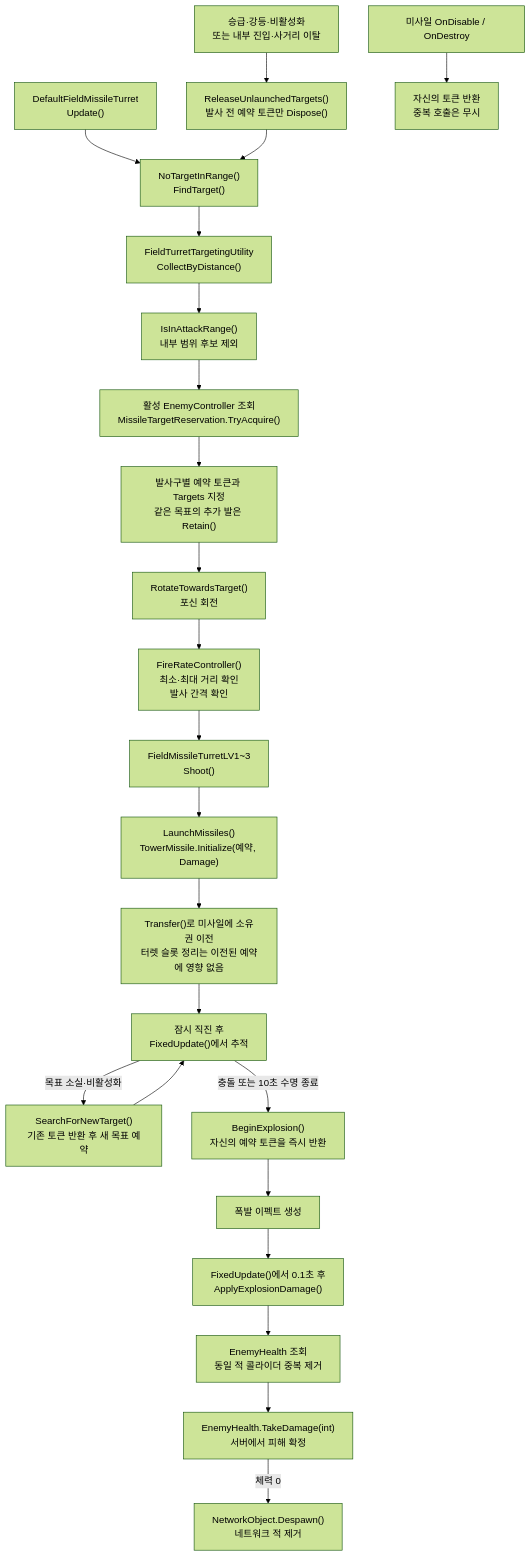
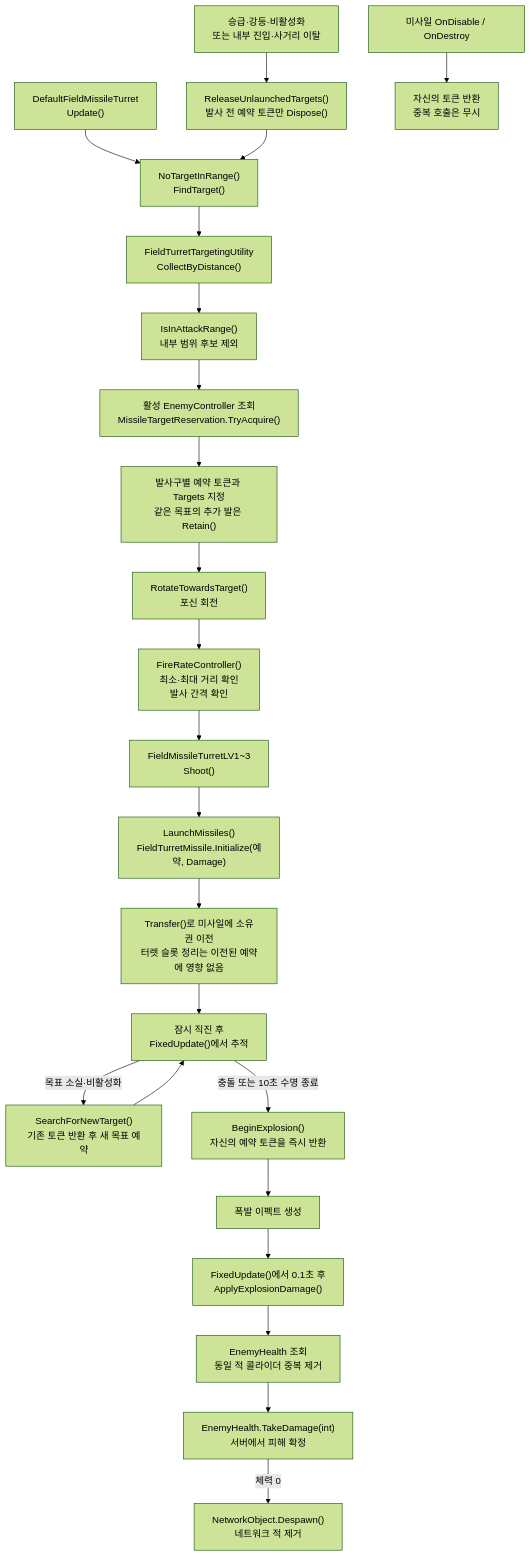
Before and after one commit to Team-HJD-21/unity-6-the-developer: the tenth of 17 diagrams in Docs/architecture/turret-system-guide.md, drawn with Mermaid (forest theme). The commit also changed other lines of this file and 12 other files, not shown here.

````diff
--- a/Docs/architecture/turret-system-guide.md
+++ b/Docs/architecture/turret-system-guide.md
@@ -448,25 +448,25 @@
 ```mermaid
 flowchart TD
     Update["DefaultFieldMissileTurret<br>Update()"] --> Search["NoTargetInRange()<br>FindTarget()"]
     Search --> Collect["FieldTurretTargetingUtility<br>CollectByDistance()"]
     Collect --> RangeCheck["IsInAttackRange()<br>내부 범위 후보 제외"]
     RangeCheck --> Filter["활성 EnemyController 조회<br>MissileTargetReservation.TryAcquire()"]
     Filter --> Targets["발사구별 예약 토큰과 Targets 지정<br>같은 목표의 추가 발은 Retain()"]
     Targets --> Rotate["RotateTowardsTarget()<br>포신 회전"]
     Rotate --> Fire["FireRateController()<br>최소·최대 거리 확인<br>발사 간격 확인"]
     Fire --> Shoot["FieldMissileTurretLV1~3<br>Shoot()"]
-    Shoot --> Init["LaunchMissiles()<br>TowerMissile.Initialize(예약, Damage)"]
+    Shoot --> Init["LaunchMissiles()<br>FieldTurretMissile.Initialize(예약, Damage)"]
     Init --> Transfer["Transfer()로 미사일에 소유권 이전<br>터렛 슬롯 정리는 이전된 예약에 영향 없음"]
     Change["승급·강등·비활성화<br>또는 내부 진입·사거리 이탈"] --> Release["ReleaseUnlaunchedTargets()<br>발사 전 예약 토큰만 Dispose()"]
     Release --> Search
     Transfer --> Straight["잠시 직진 후<br>FixedUpdate()에서 추적"]
     Straight -->|목표 소실·비활성화| Retarget["SearchForNewTarget()<br>기존 토큰 반환 후 새 목표 예약"]
     Retarget --> Straight
     Straight -->|충돌 또는 10초 수명 종료| Unreserve["BeginExplosion()<br>자신의 예약 토큰을 즉시 반환"]
     Disabled["미사일 OnDisable / OnDestroy"] --> Cleanup["자신의 토큰 반환<br>중복 호출은 무시"]
     Unreserve --> Explosion["폭발 이펙트 생성"]
     Explosion --> Area["FixedUpdate()에서 0.1초 후<br>ApplyExplosionDamage()"]
     Area --> Health["EnemyHealth 조회<br>동일 적 콜라이더 중복 제거"]
     Health --> Damage["EnemyHealth.TakeDamage(int)<br>서버에서 피해 확정"]
     Damage -->|체력 0| Die["NetworkObject.Despawn()<br>네트워크 적 제거"]
 ```
````
